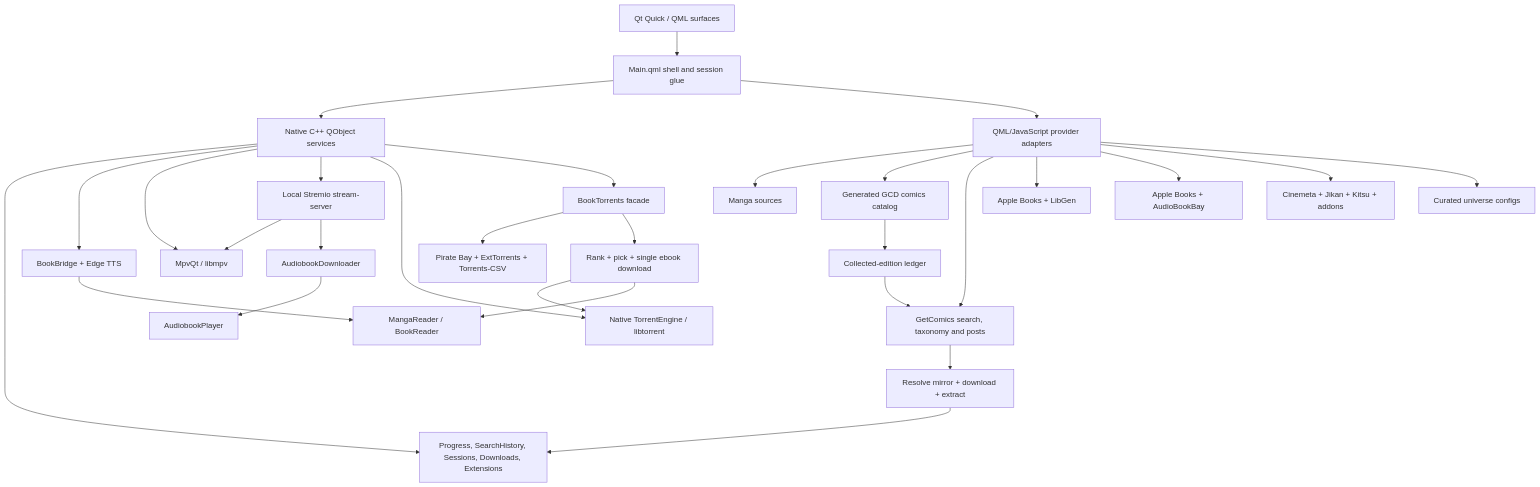
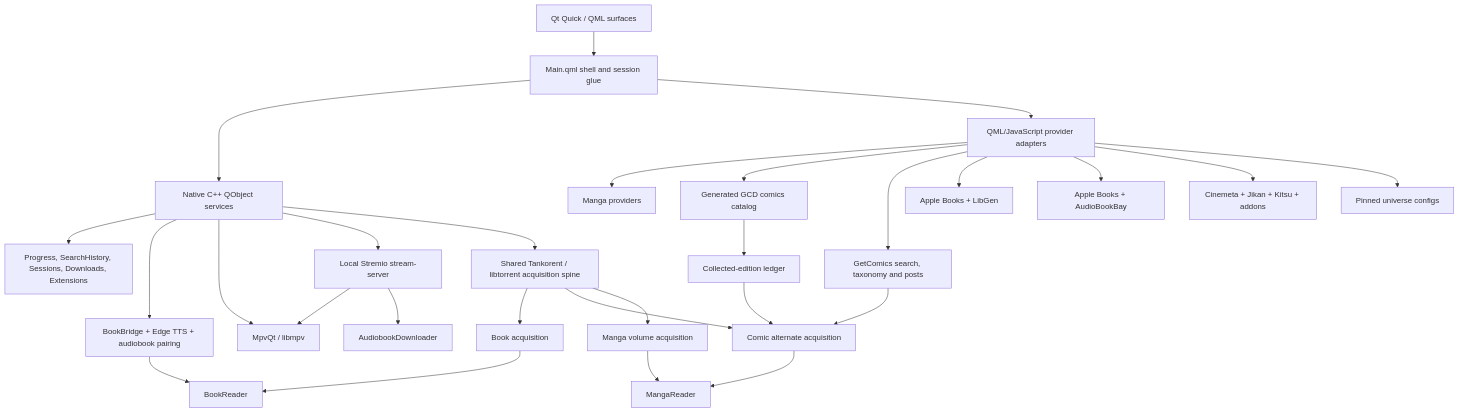
Before and after one commit to kingoftheseas56/Colosseum: the second of 2 diagrams in README.md, drawn with Mermaid. The commit also changed other lines of this file, not shown here.

Commit message:
docs: refresh README for Tankorent architecture and volume mode

````diff
--- a/README.md
+++ b/README.md
@@ -305,34 +384,36 @@
 ```mermaid
 flowchart TB
     UI[Qt Quick / QML surfaces] --> Shell[Main.qml shell and session glue]
     Shell --> Native[Native C++ QObject services]
     Shell --> Providers[QML/JavaScript provider adapters]
 
     Native --> Stores[Progress, SearchHistory, Sessions, Downloads, Extensions]
-    Native --> BookBridge[BookBridge + Edge TTS]
+    Native --> BookBridge[BookBridge + Edge TTS + audiobook pairing]
     Native --> Player[MpvQt / libmpv]
     Native --> StreamServer[Local Stremio stream-server]
-    Native --> TorrentEngine[Native TorrentEngine / libtorrent]
-    Native --> BookTorrents[BookTorrents facade]
+    Native --> Tankorent[Shared Tankorent / libtorrent acquisition spine]
 
-    Providers --> Manga[Manga sources]
+    Providers --> Manga[Manga providers]
     Providers --> ComicsCatalog[Generated GCD comics catalog]
     Providers --> GetComics[GetComics search, taxonomy and posts]
     Providers --> Books[Apple Books + LibGen]
     Providers --> Audiobooks[Apple Books + AudioBookBay]
     Providers --> Theatre[Cinemeta + Jikan + Kitsu + addons]
-    Providers --> Universes[Curated universe configs]
+    Providers --> Universes[Pinned universe configs]
 
-    BookTorrents --> Indexers[Pirate Bay + ExtTorrents + Torrents-CSV]
-    BookTorrents --> BookTorrentDownloader[Rank + pick + single ebook download]
-    BookTorrentDownloader --> TorrentEngine
-    ComicsCatalog --> ComicLedger[Collected-edition ledger]
-    ComicLedger --> GetComics
-    GetComics --> ComicDownloader[Resolve mirror + download + extract]
+    Tankorent --> BookAcq[Book acquisition]
+    Tankorent --> ComicAcq[Comic alternate acquisition]
+    Tankorent --> VolumeAcq[Manga volume acquisition]
+
     StreamServer --> Player
     StreamServer --> AudiobookDownloader[AudiobookDownloader]
-    ComicDownloader --> Stores
-    BookTorrentDownloader --> Readers[MangaReader / BookReader]
-    AudiobookDownloader --> AudioPlayer[AudiobookPlayer]
-    BookBridge --> Readers
+
+    GetComics --> ComicAcq
+    ComicsCatalog --> ComicLedger[Collected-edition ledger]
+    ComicLedger --> ComicAcq
+
+    BookAcq --> BookReader[BookReader]
+    ComicAcq --> MangaReader[MangaReader]
+    VolumeAcq --> MangaReader
+    BookBridge --> BookReader
 ```
````
